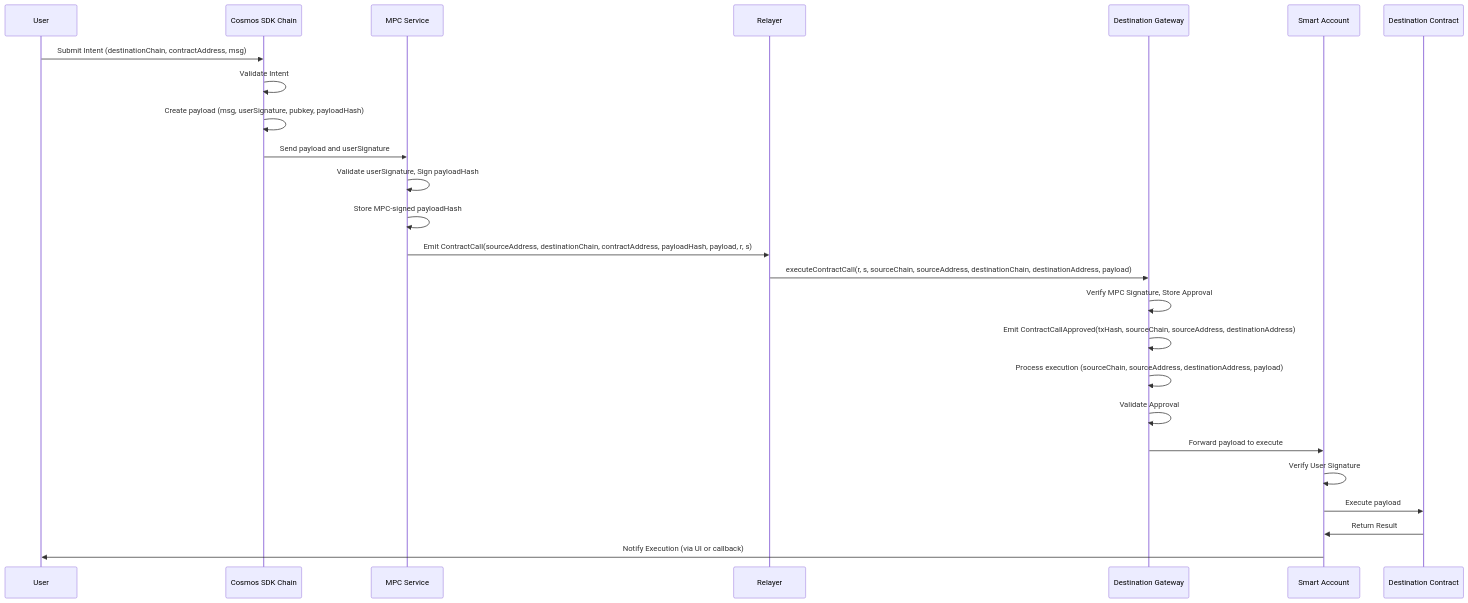
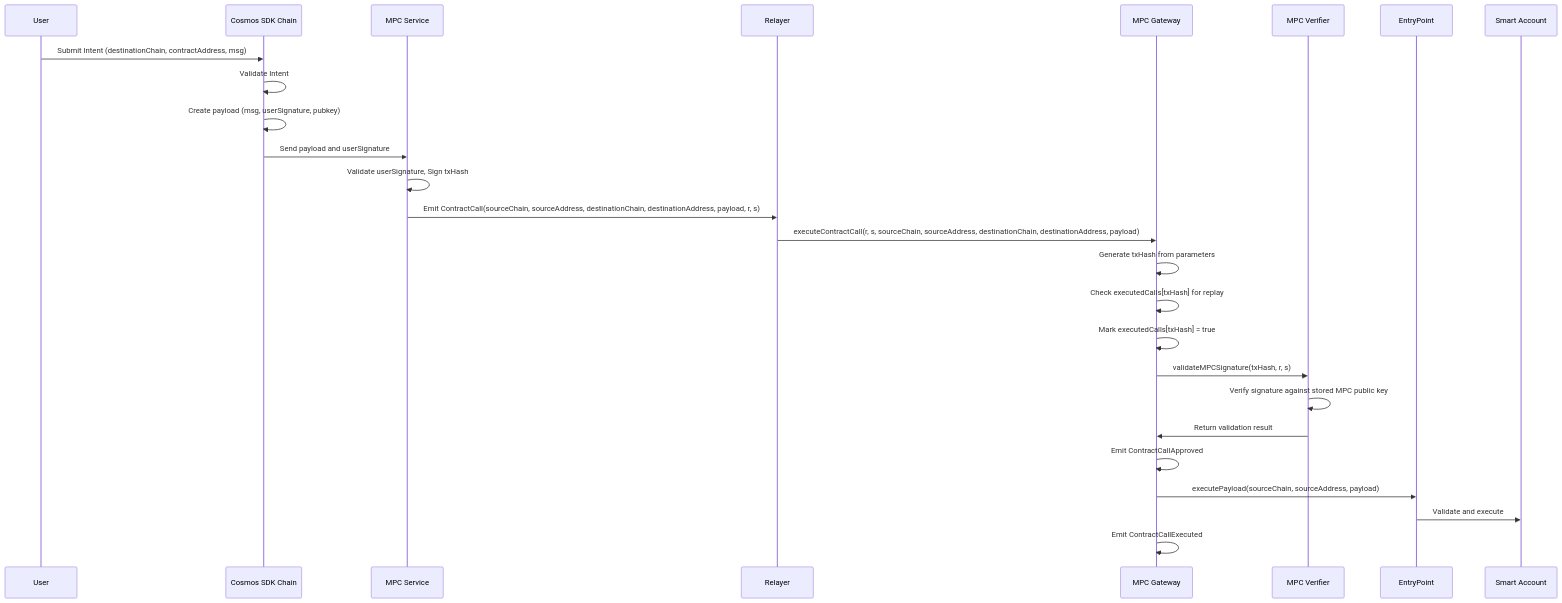
The diagram in docs/spec/gateway/README.md (s16rv/sourdough-teams), drawn with Mermaid before and after one commit. The commit also changed other lines of this file and 3 other files, not shown here.

````diff
--- a/docs/spec/gateway/README.md
+++ b/docs/spec/gateway/README.md
@@ -45,28 +58,29 @@
 ```mermaid
 sequenceDiagram
     participant User
     participant CosmosSDK as Cosmos SDK Chain
     participant MPC as MPC Service
     participant Relayer
-    participant GatewayDest as Destination Gateway
-    participant SmartAccount as Smart Account
-    participant DestContract as Destination Contract
+    participant Gateway as MPC Gateway
+    participant Verifier as MPC Verifier
+    participant EntryPoint
+    participant Account as Smart Account
 
     User->>CosmosSDK: Submit Intent (destinationChain, contractAddress, msg)
     CosmosSDK->>CosmosSDK: Validate Intent
-    CosmosSDK->>CosmosSDK: Create payload (msg, userSignature, pubkey, payloadHash)
+    CosmosSDK->>CosmosSDK: Create payload (msg, userSignature, pubkey)
     CosmosSDK->>MPC: Send payload and userSignature
-    MPC->>MPC: Validate userSignature, Sign payloadHash
-    MPC->>MPC: Store MPC-signed payloadHash
-    MPC->>Relayer: Emit ContractCall(sourceAddress, destinationChain, contractAddress, payloadHash, payload, r, s)
-    Relayer->>GatewayDest: executeContractCall(r, s, sourceChain, sourceAddress, destinationChain, destinationAddress, payload)
-    GatewayDest->>GatewayDest: Verify MPC Signature, Store Approval
-    GatewayDest->>GatewayDest: Emit ContractCallApproved(txHash, sourceChain, sourceAddress, destinationAddress)
-    GatewayDest->>GatewayDest: Process execution (sourceChain, sourceAddress, destinationAddress, payload)
-    GatewayDest->>GatewayDest: Validate Approval
-    GatewayDest->>SmartAccount: Forward payload to execute
-    SmartAccount->>SmartAccount: Verify User Signature
-    SmartAccount->>DestContract: Execute payload
-    DestContract->>SmartAccount: Return Result
-    SmartAccount->>User: Notify Execution (via UI or callback)
+    MPC->>MPC: Validate userSignature, Sign txHash
+    MPC->>Relayer: Emit ContractCall(sourceChain, sourceAddress, destinationChain, destinationAddress, payload, r, s)
+    Relayer->>Gateway: executeContractCall(r, s, sourceChain, sourceAddress, destinationChain, destinationAddress, payload)
+    Gateway->>Gateway: Generate txHash from parameters
+    Gateway->>Gateway: Check executedCalls[txHash] for replay
+    Gateway->>Gateway: Mark executedCalls[txHash] = true
+    Gateway->>Verifier: validateMPCSignature(txHash, r, s)
+    Verifier->>Verifier: Verify signature against stored MPC public key
+    Verifier->>Gateway: Return validation result
+    Gateway->>Gateway: Emit ContractCallApproved
+    Gateway->>EntryPoint: executePayload(sourceChain, sourceAddress, payload)
+    EntryPoint->>Account: Validate and execute
+    Gateway->>Gateway: Emit ContractCallExecuted
 ```
````
